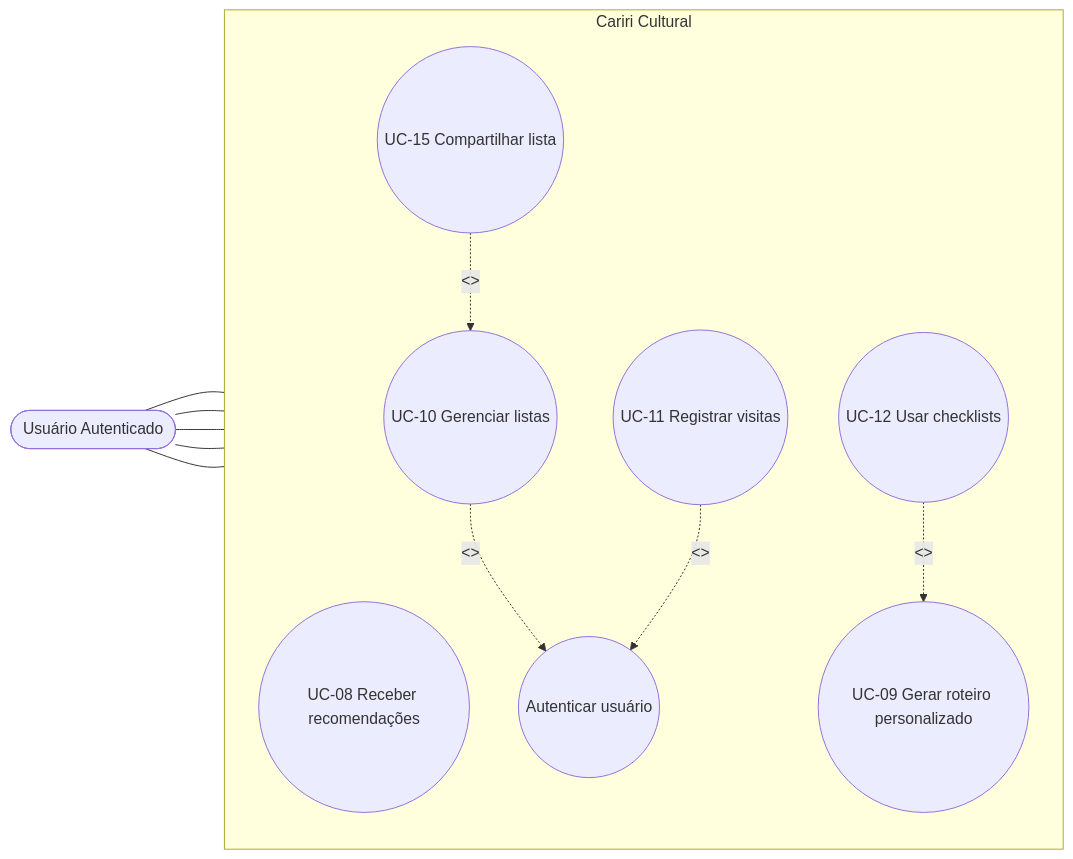
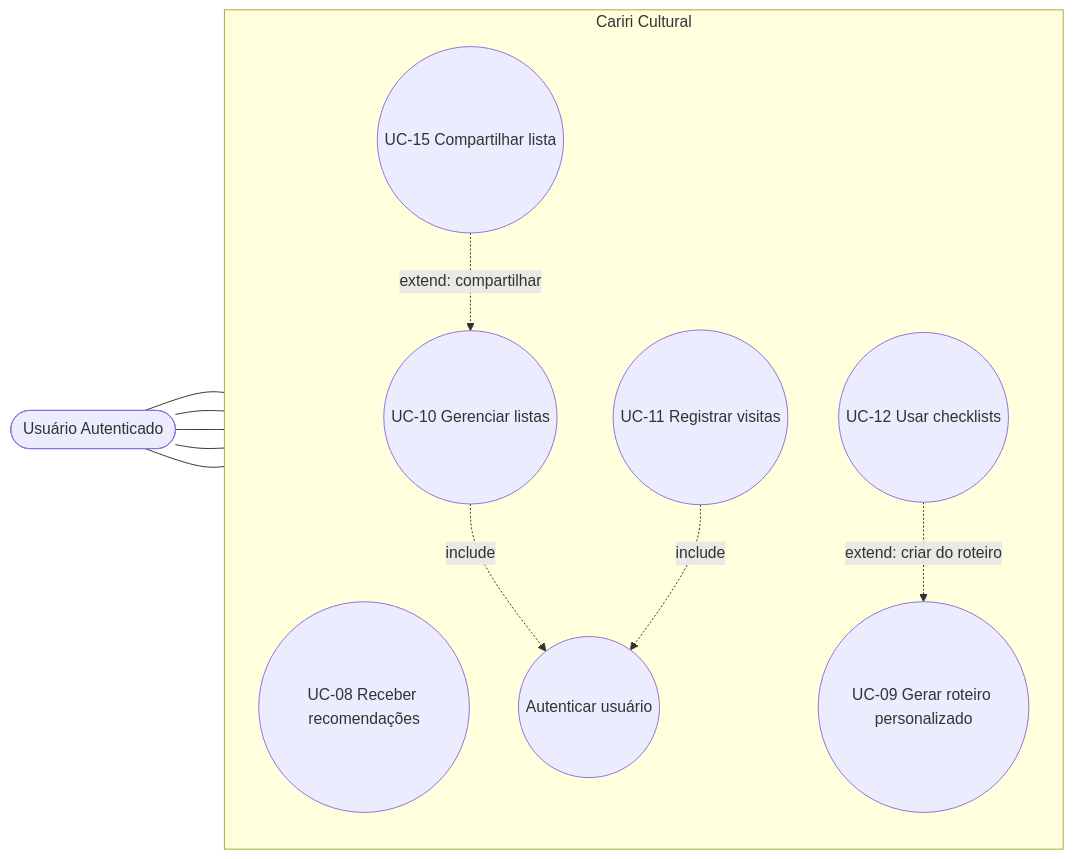
The fourth of 5 diagrams in home/user-cases/use-cases-diagram.md (alan-mendes-ufca/CaririCultural), drawn with Mermaid before and after one commit. The commit also changed other lines of this file, not shown here.

Commit message:
fix `use-cases-diagram` relationships

````diff
--- a/home/user-cases/use-cases-diagram.md
+++ b/home/user-cases/use-cases-diagram.md
@@ -142,29 +142,29 @@
 ```mermaid
 flowchart LR
     %% Atores
     U([Usuário Autenticado])
 
     %% Fronteira
     subgraph CC [Cariri Cultural]
         direction TB
         UC08((UC-08 Receber recomendações))
         UC09((UC-09 Gerar roteiro personalizado))
         UC10((UC-10 Gerenciar listas))
         UC11((UC-11 Registrar visitas))
         UC12((UC-12 Usar checklists))
         UC15((UC-15 Compartilhar lista))
 
         %% Includes
         AUTH((Autenticar usuário))
     end
 
     %% Relações Ator -> Caso de Uso
     U --- UC08 & UC09 & UC10 & UC11 & UC12
 
     %% Relações Include / Extend
-    UC10 -.->|"<<include>>"| AUTH
-    UC11 -.->|"<<include>>"| AUTH
+    UC10 -.->|include| AUTH
+    UC11 -.->|include| AUTH
 
-    UC15 -.->|"<<extend: compartilhar>>"| UC10
-    UC12 -.->|"<<extend: criar do roteiro>>"| UC09
+    UC15 -.->|extend: compartilhar| UC10
+    UC12 -.->|extend: criar do roteiro| UC09
 ```
````
